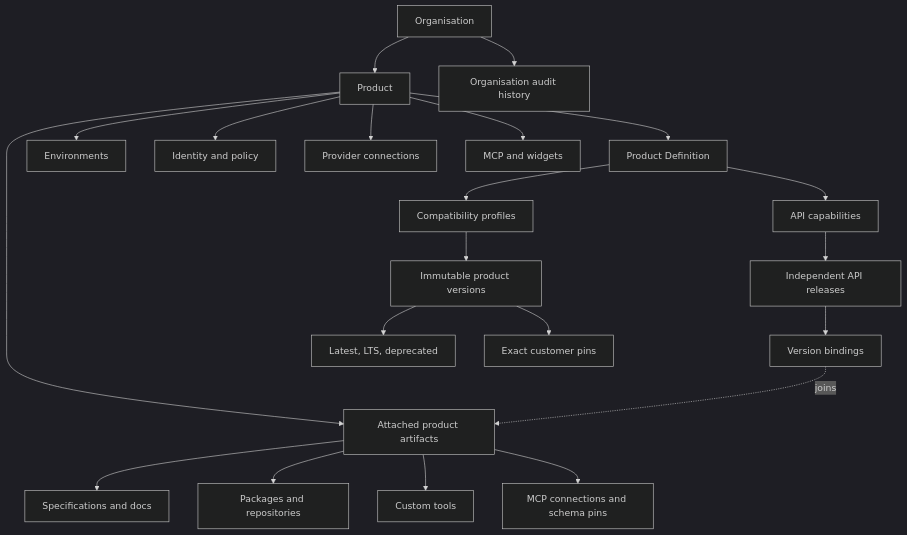
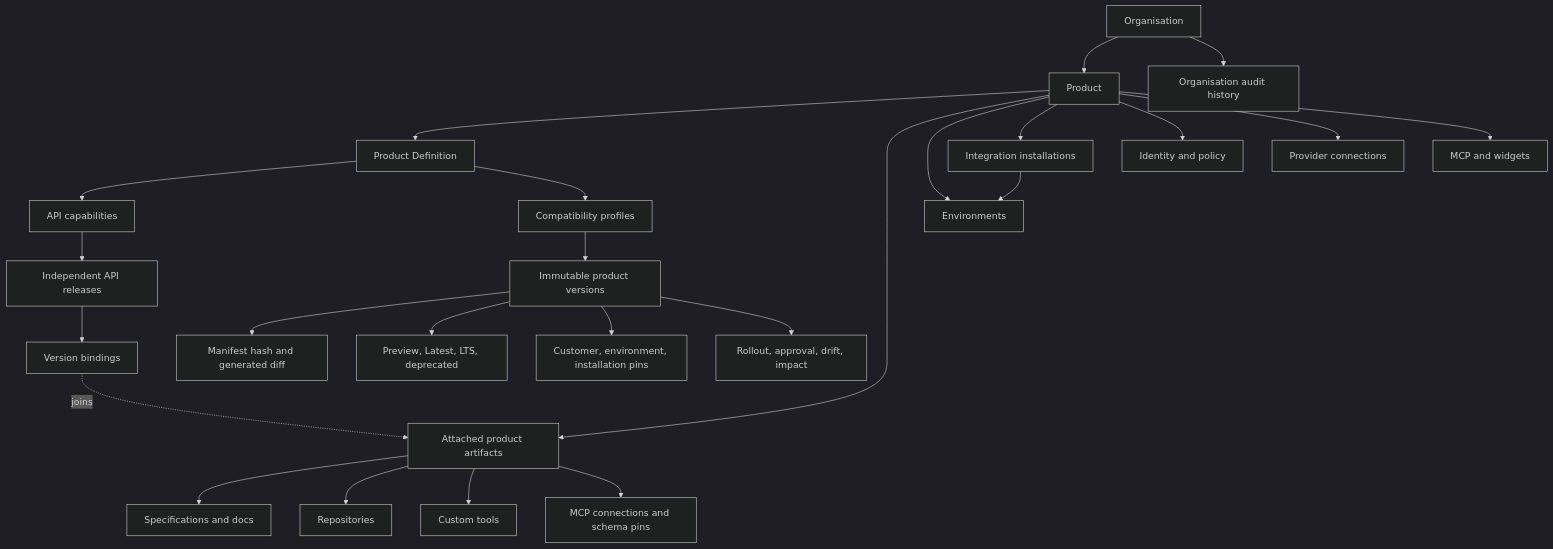
One commit to Dokosoko-AI/dokosoko-docs changed the second of 2 diagrams in src/content/docs/concepts/architecture.md. Above: the diagram before and after it, drawn with Mermaid (dark theme). The commit also changed other lines of this file and 39 other files, not shown here.

````diff
--- a/src/content/docs/concepts/architecture.md
+++ b/src/content/docs/concepts/architecture.md
@@ -49,23 +56,27 @@
 ```mermaid
 flowchart TD
     Org[Organisation] --> Product[Product]
     Product --> Definition[Product Definition]
     Definition --> Capability[API capabilities]
     Capability --> Release[Independent API releases]
     Release --> Bindings[Version bindings]
     Definition --> Profiles[Compatibility profiles]
     Profiles --> ProductVersion[Immutable product versions]
-    ProductVersion --> Channels[Latest, LTS, deprecated]
-    ProductVersion --> Pins[Exact customer pins]
+    ProductVersion --> Integrity[Manifest hash and generated diff]
+    ProductVersion --> Channels[Preview, Latest, LTS, deprecated]
+    ProductVersion --> Pins[Customer, environment, installation pins]
+    ProductVersion --> Governance[Rollout, approval, drift, impact]
     Product --> Attached[Attached product artifacts]
     Attached --> Sources[Specifications and docs]
-    Attached --> Packages[Packages and repositories]
+    Attached --> Repositories[Repositories]
     Attached --> Tools[Custom tools]
     Attached --> MCPConnections[MCP connections and schema pins]
     Bindings -. joins .-> Attached
     Product --> Env[Environments]
+    Product --> Installations[Integration installations]
+    Installations --> Env
     Product --> Identity[Identity and policy]
     Product --> Provider[Provider connections]
     Product --> Distribution[MCP and widgets]
     Org --> Audit[Organisation audit history]
 ```
````
